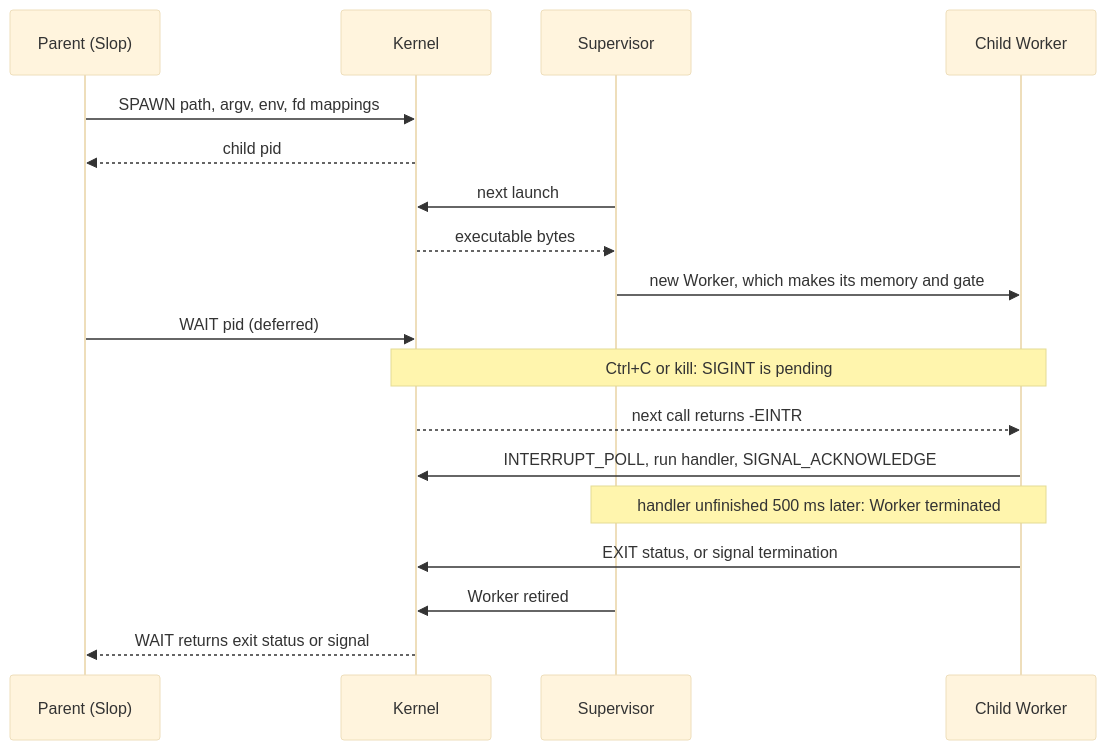
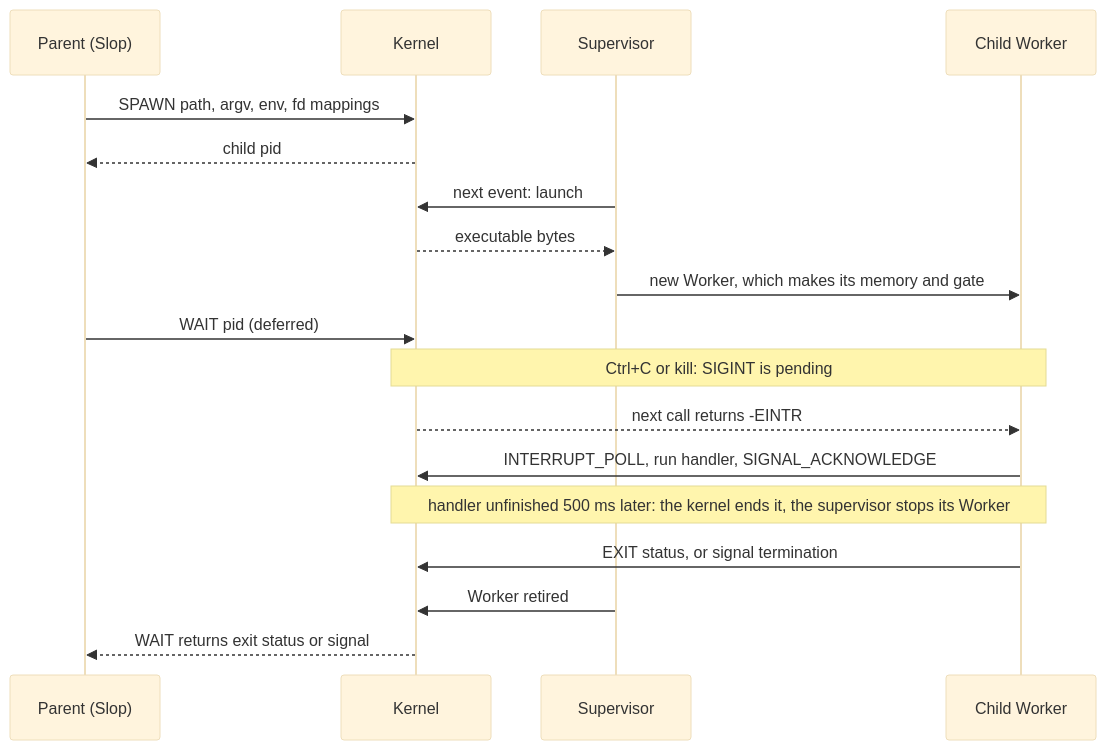
One commit to daugasauron/dolly changed the diagram in docs/process-model.md. Above: the diagram before and after it, drawn with Mermaid (base theme). The commit also changed other lines of this file and 7 other files, not shown here.

First line of the commit message:
The kernel decides what happens to processes; the supervisor carries it out

````diff
--- a/docs/process-model.md
+++ b/docs/process-model.md
@@ -10,20 +10,20 @@
 ```mermaid
 sequenceDiagram
   participant Sh as Parent (Slop)
   participant K as Kernel
   participant S as Supervisor
   participant C as Child Worker
   Sh->>K: SPAWN path, argv, env, fd mappings
   K-->>Sh: child pid
-  S->>K: next launch
+  S->>K: next event: launch
   K-->>S: executable bytes
   S->>C: new Worker, which makes its memory and gate
   Sh->>K: WAIT pid (deferred)
   Note over K,C: Ctrl+C or kill: SIGINT is pending
   K-->>C: next call returns -EINTR
   C->>K: INTERRUPT_POLL, run handler, SIGNAL_ACKNOWLEDGE
-  Note over S,C: handler unfinished 500 ms later: Worker terminated
+  Note over K,C: handler unfinished 500 ms later: the kernel ends it, the supervisor stops its Worker
   C->>K: EXIT status, or signal termination
   S->>K: Worker retired
   K-->>Sh: WAIT returns exit status or signal
 ```
````
